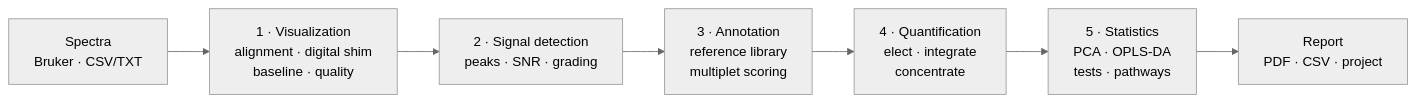
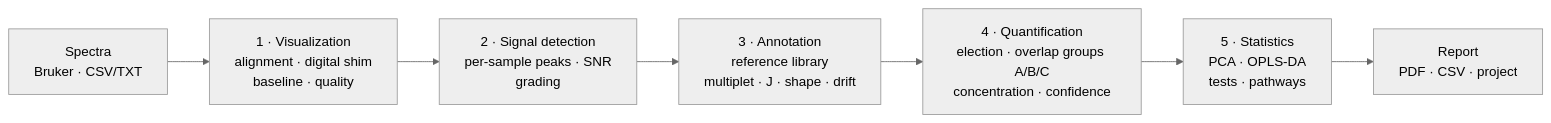
Before and after one commit to PatricioMR/nMRPro-H---1D-Metabolomics-Platform: the diagram in README.md, drawn with Mermaid (neutral theme). The commit also changed other lines of this file and 2 other files, not shown here.

````diff
--- a/README.md
+++ b/README.md
@@ -77,9 +76,9 @@
 ```mermaid
 flowchart LR
     A["Spectra<br/>Bruker · CSV/TXT"] --> B["1 · Visualization<br/>alignment · digital shim<br/>baseline · quality"]
-    B --> C["2 · Signal detection<br/>peaks · SNR · grading"]
-    C --> D["3 · Annotation<br/>reference library<br/>multiplet scoring"]
-    D --> E["4 · Quantification<br/>elect · integrate<br/>concentrate"]
+    B --> C["2 · Signal detection<br/>per-sample peaks · SNR<br/>grading"]
+    C --> D["3 · Annotation<br/>reference library<br/>multiplet · J · shape · drift"]
+    D --> E["4 · Quantification<br/>election · overlap groups A/B/C<br/>concentration · confidence"]
     E --> F["5 · Statistics<br/>PCA · OPLS-DA<br/>tests · pathways"]
     F --> G["Report<br/>PDF · CSV · project"]
 ```
````
